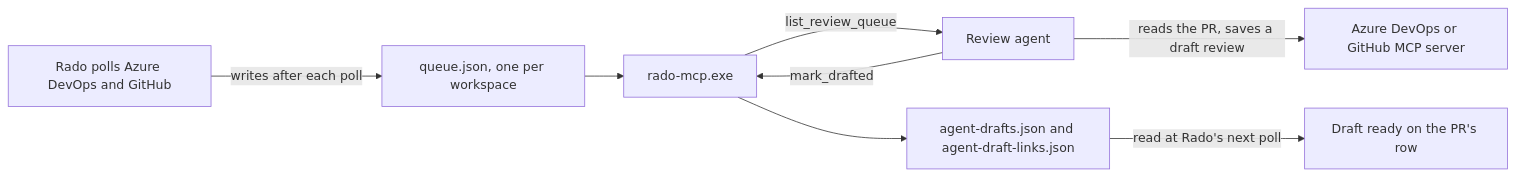
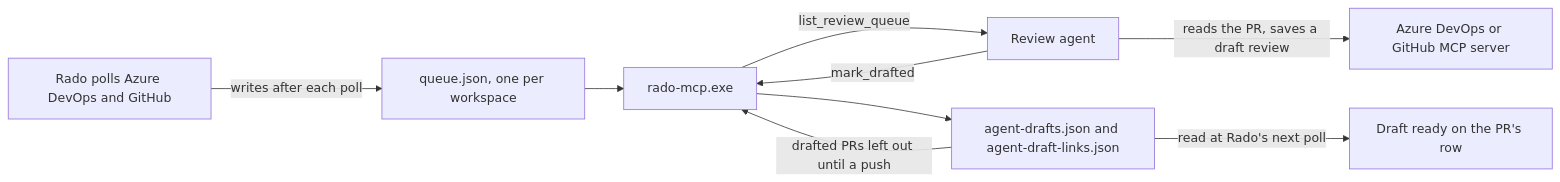
Before and after one commit to antonjoyglow/rado: the diagram in README.md, drawn with Mermaid. The commit also changed other lines of this file, not shown here.

````diff
--- a/README.md
+++ b/README.md
@@ -145,10 +145,11 @@
 ```mermaid
 flowchart LR
   rado["Rado polls Azure DevOps and GitHub"] -->|"writes after each poll"| queue["queue.json, one per workspace"]
   queue --> mcp["rado-mcp.exe"]
   mcp -->|"list_review_queue"| agent["Review agent"]
   agent -->|"reads the PR, saves a draft review"| provider["Azure DevOps or GitHub MCP server"]
   agent -->|"mark_drafted"| mcp
   mcp --> drafts["agent-drafts.json and agent-draft-links.json"]
+  drafts -->|"drafted PRs left out until a push"| mcp
   drafts -->|"read at Rado's next poll"| row["Draft ready on the PR's row"]
 ```
````
